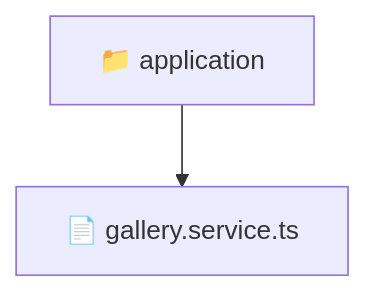
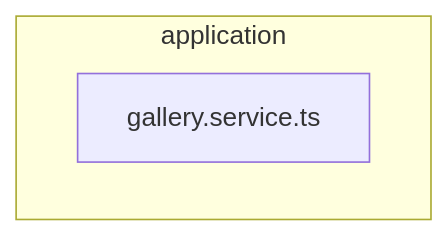
The diagram in backend/src/modules/gallery/application/README.md (beginwebdev2002/fullstack-mavluda), drawn with Mermaid before and after one commit. The commit also changed other lines of this file and 163 other files, not shown here.

````diff
--- a/backend/src/modules/gallery/application/README.md
+++ b/backend/src/modules/gallery/application/README.md
@@ -9,5 +15,6 @@
 ```mermaid
 graph TD
-  Root["📁 application"]
-  Root --> gallery_service_ts["📄 gallery.service.ts"]
+  subgraph application
+    gallery_service_ts["gallery.service.ts"]
+  end
 ```
````
